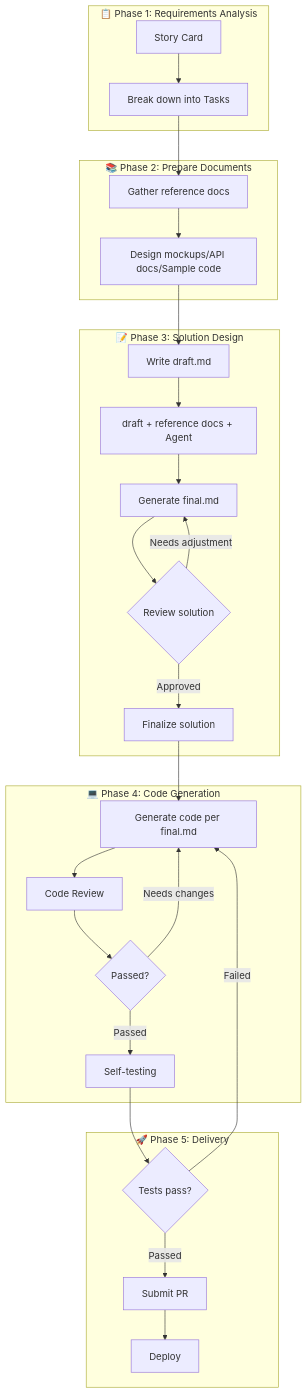
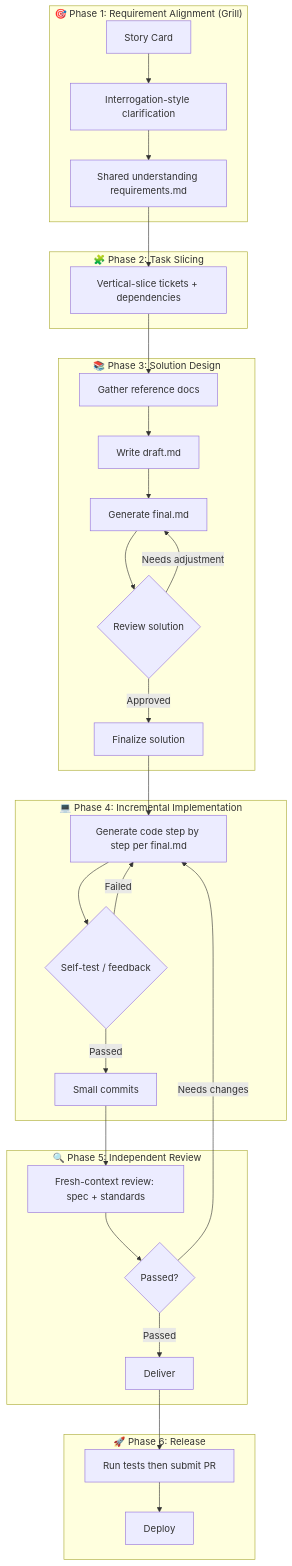
One commit to Cyronlee/effective-cursor changed the diagram in src/content/en/docs/4-workflow/workflow-practice.mdx. Above: the diagram before and after it, drawn with Mermaid. The commit also changed other lines of this file and 3 other files, not shown here.

First line of the commit message:
docs: rewrite chapter 4 workflow with Grill alignment

````diff
--- a/src/content/en/docs/4-workflow/workflow-practice.mdx
+++ b/src/content/en/docs/4-workflow/workflow-practice.mdx
@@ -17,35 +26,39 @@
 ```mermaid
 flowchart TD
-    subgraph Phase1["📋 Phase 1: Requirements Analysis"]
-        A[Story Card] --> B[Break down into Tasks]
+    subgraph Phase0["🎯 Phase 1: Requirement Alignment (Grill)"]
+        A[Story Card] --> B[Interrogation-style clarification]
+        B --> C[Shared understanding requirements.md]
     end
-    
-    subgraph Phase2["📚 Phase 2: Prepare Documents"]
-        B --> C[Gather reference docs]
-        C --> D[Design mockups/API docs/Sample code]
+
+    subgraph Phase1["🧩 Phase 2: Task Slicing"]
+        C --> D[Vertical-slice tickets + dependencies]
     end
-    
-    subgraph Phase3["📝 Phase 3: Solution Design"]
-        D --> E[Write draft.md]
-        E --> F[draft + reference docs + Agent]
+
+    subgraph Phase2["📚 Phase 3: Solution Design"]
+        D --> E[Gather reference docs]
+        E --> F[Write draft.md]
         F --> G[Generate final.md]
         G --> H{Review solution}
         H -->|Needs adjustment| G
         H -->|Approved| I[Finalize solution]
     end
-    
-    subgraph Phase4["💻 Phase 4: Code Generation"]
-        I --> J[Generate code per final.md]
-        J --> K[Code Review]
-        K --> L{Passed?}
-        L -->|Needs changes| J
-        L -->|Passed| M[Self-testing]
+
+    subgraph Phase3["💻 Phase 4: Incremental Implementation"]
+        I --> J[Generate code step by step per final.md]
+        J --> K{Self-test / feedback}
+        K -->|Failed| J
+        K -->|Passed| L[Small commits]
     end
-    
-    subgraph Phase5["🚀 Phase 5: Delivery"]
-        M --> N{Tests pass?}
-        N -->|Failed| J
-        N -->|Passed| O[Submit PR]
-        O --> P[Deploy]
+
+    subgraph Phase4["🔍 Phase 5: Independent Review"]
+        L --> M[Fresh-context review: spec + standards]
+        M --> N{Passed?}
+        N -->|Needs changes| J
+        N -->|Passed| O[Deliver]
+    end
+
+    subgraph Phase5["🚀 Phase 6: Release"]
+        O --> P[Run tests then submit PR]
+        P --> Q[Deploy]
     end
 ```
````
